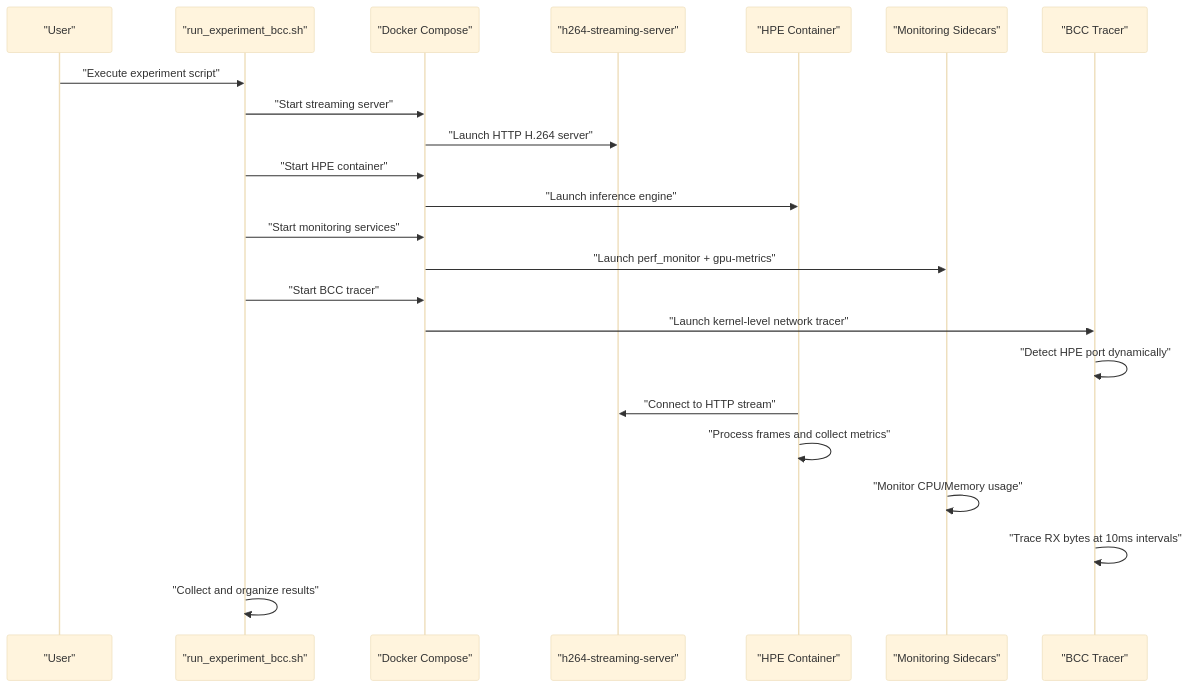
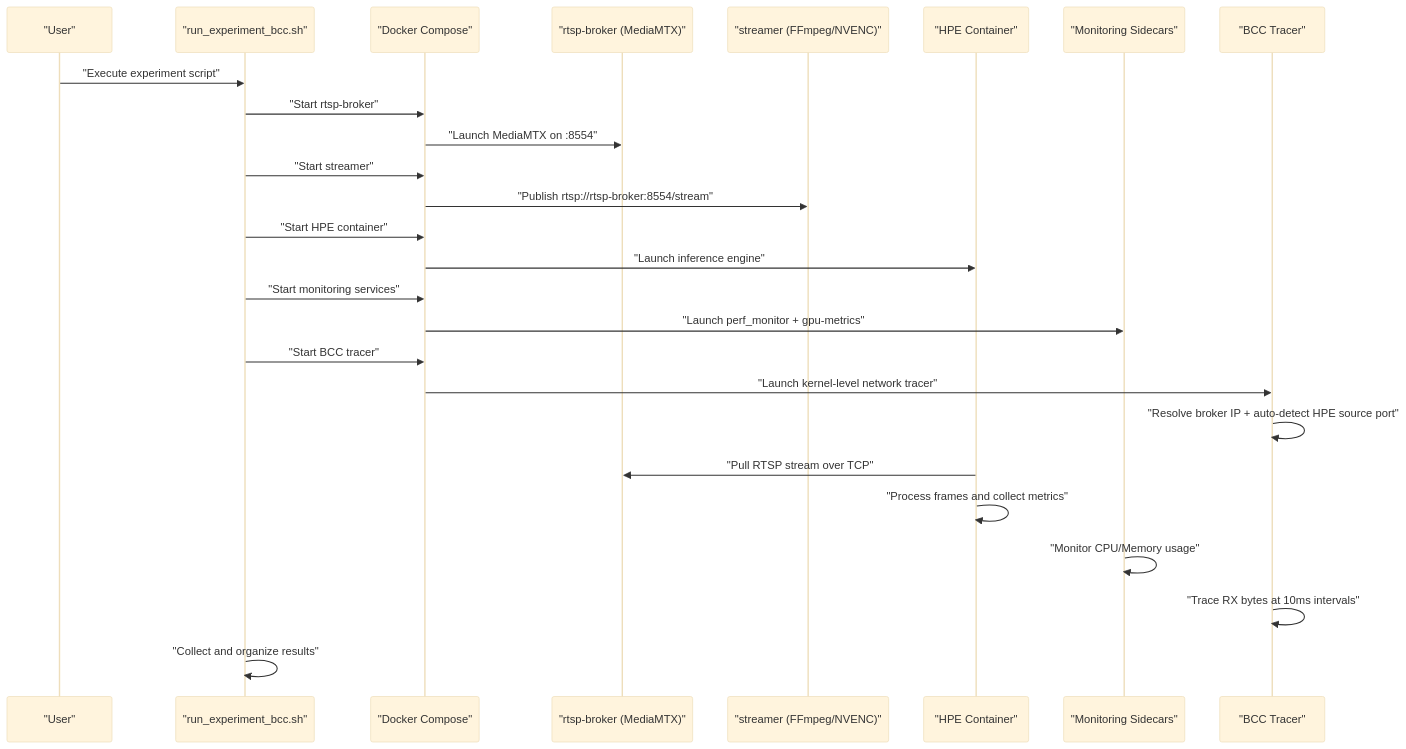
One commit to Fogus-Gr/MeasurementsDTs changed the second of 4 diagrams in .qoder/repowiki/en/content/Getting Started/Getting Started.md. Above: the diagram before and after it, drawn with Mermaid (base theme). The commit also changed other lines of this file and 30 other files, not shown here.

````diff
--- a/.qoder/repowiki/en/content/Getting Started/Getting Started.md
+++ b/.qoder/repowiki/en/content/Getting Started/Getting Started.md
@@ -118,25 +120,28 @@
 ```mermaid
 sequenceDiagram
 participant U as "User"
 participant S as "run_experiment_bcc.sh"
 participant C as "Docker Compose"
-participant H as "h264-streaming-server"
+participant B as "rtsp-broker (MediaMTX)"
+participant ST as "streamer (FFmpeg/NVENC)"
 participant P as "HPE Container"
 participant M as "Monitoring Sidecars"
 participant T as "BCC Tracer"
 U->>S : "Execute experiment script"
-S->>C : "Start streaming server"
-C->>H : "Launch HTTP H.264 server"
+S->>C : "Start rtsp-broker"
+C->>B : "Launch MediaMTX on :8554"
+S->>C : "Start streamer"
+C->>ST : "Publish rtsp://rtsp-broker:8554/stream"
 S->>C : "Start HPE container"
 C->>P : "Launch inference engine"
 S->>C : "Start monitoring services"
 C->>M : "Launch perf_monitor + gpu-metrics"
 S->>C : "Start BCC tracer"
 C->>T : "Launch kernel-level network tracer"
-T->>T : "Detect HPE port dynamically"
-P->>H : "Connect to HTTP stream"
+T->>T : "Resolve broker IP + auto-detect HPE source port"
+P->>B : "Pull RTSP stream over TCP"
 P->>P : "Process frames and collect metrics"
 M->>M : "Monitor CPU/Memory usage"
 T->>T : "Trace RX bytes at 10ms intervals"
 S->>S : "Collect and organize results"
 ```
````
